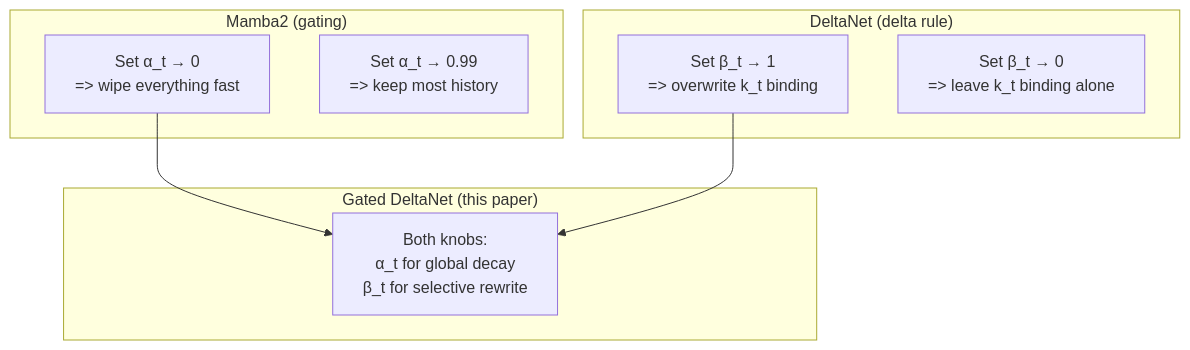
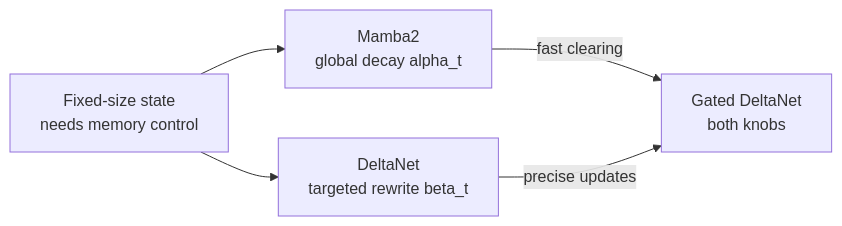
The diagram in gated-delta-networks/section_1_introduction.md (abhishek-patnia-nu/apatnia-paper-reader), drawn with Mermaid before and after one commit. The commit also changed other lines of this file, not shown here.

Commit message:
gated-delta §1: rewrite introduction

````diff
--- a/gated-delta-networks/section_1_introduction.md
+++ b/gated-delta-networks/section_1_introduction.md
@@ -235,16 +105,12 @@
 ```mermaid
-flowchart TB
-    subgraph "Mamba2 (gating)"
-        M1["Set α_t → 0<br/>=> wipe everything fast"]
-        M2["Set α_t → 0.99<br/>=> keep most history"]
-    end
-    subgraph "DeltaNet (delta rule)"
-        D1["Set β_t → 1<br/>=> overwrite k_t binding"]
-        D2["Set β_t → 0<br/>=> leave k_t binding alone"]
-    end
-    subgraph "Gated DeltaNet (this paper)"
-        G["Both knobs:<br/>α_t for global decay<br/>β_t for selective rewrite"]
-    end
-    M1 --> G
-    D1 --> G
+flowchart LR
+    problem["Fixed-size state<br/>needs memory control"]
+    mamba["Mamba2<br/>global decay alpha_t"]
+    delta["DeltaNet<br/>targeted rewrite beta_t"]
+    gdn["Gated DeltaNet<br/>both knobs"]
+
+    problem --> mamba
+    problem --> delta
+    mamba -->|"fast clearing"| gdn
+    delta -->|"precise updates"| gdn
 ```
````
